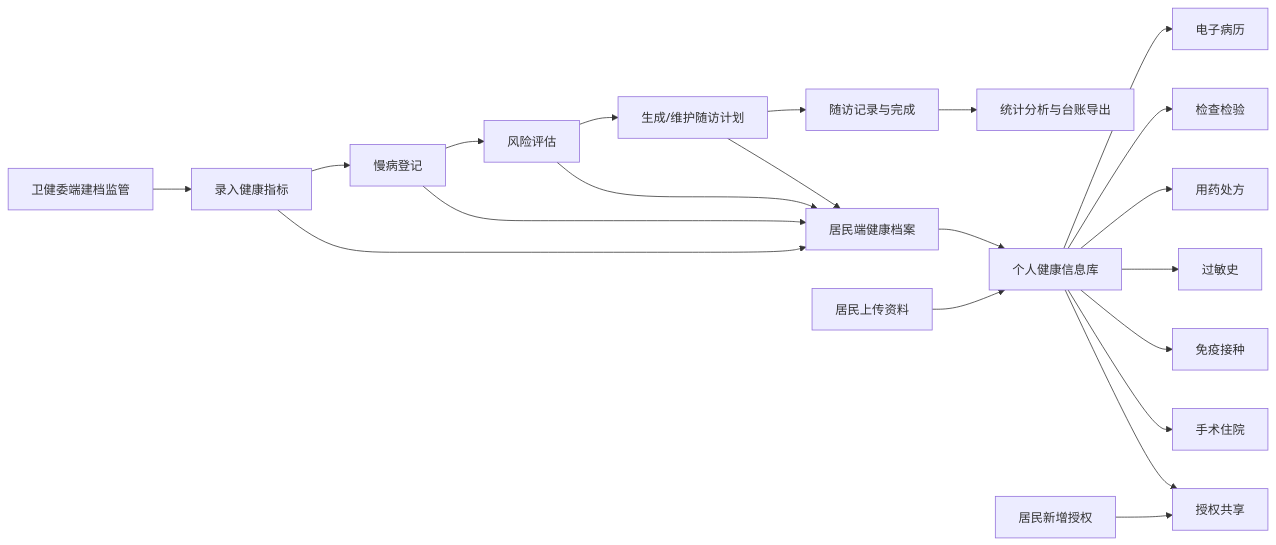
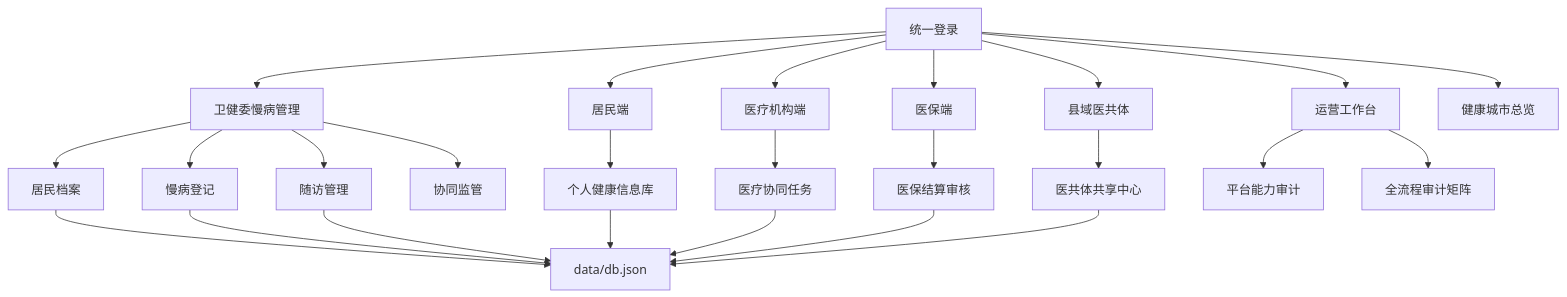
The diagram in docs/慢病平台系统结构图与优化建议.md (xujiann/chronic-care-platform), drawn with Mermaid before and after one commit. The commit also changed other lines of this file and 7 other files, not shown here.

````diff
--- a/docs/慢病平台系统结构图与优化建议.md
+++ b/docs/慢病平台系统结构图与优化建议.md
@@ -111,26 +20,31 @@
 ```mermaid
-flowchart LR
-    A["卫健委端建档监管"] --> B["录入健康指标"]
-    B --> C["慢病登记"]
-    C --> D["风险评估"]
-    D --> E["生成/维护随访计划"]
-    E --> F["随访记录与完成"]
-    F --> G["统计分析与台账导出"]
+flowchart TB
+  Login["统一登录"] --> Workbench["运营工作台"]
+  Login --> Chronic["卫健委慢病管理"]
+  Login --> Citizen["居民端"]
+  Login --> Institution["医疗机构端"]
+  Login --> Insurance["医保端"]
+  Login --> County["县域医共体"]
+  Login --> City["健康城市总览"]
 
-    B --> H["居民端健康档案"]
-    C --> H
-    D --> H
-    E --> H
+  Chronic --> Residents["居民档案"]
+  Chronic --> Diseases["慢病登记"]
+  Chronic --> Followups["随访管理"]
+  Chronic --> Supervision["协同监管"]
 
-    H --> I["个人健康信息库"]
-    I --> I1["电子病历"]
-    I --> I2["检查检验"]
-    I --> I3["用药处方"]
-    I --> I4["过敏史"]
-    I --> I5["免疫接种"]
-    I --> I6["手术住院"]
-    I --> I7["授权共享"]
+  Citizen --> PersonalRecords["个人健康信息库"]
+  Institution --> CareOrders["医疗协同任务"]
+  Insurance --> Claims["医保结算审核"]
+  County --> SharedCenters["医共体共享中心"]
 
-    J["居民上传资料"] --> I
-    K["居民新增授权"] --> I7
+  Workbench --> PlatformAudit["平台能力审计"]
+  Workbench --> ProcessAudit["全流程审计矩阵"]
+
+  Residents --> Data["data/db.json"]
+  Diseases --> Data
+  Followups --> Data
+  PersonalRecords --> Data
+  CareOrders --> Data
+  Claims --> Data
+  SharedCenters --> Data
 ```
````
